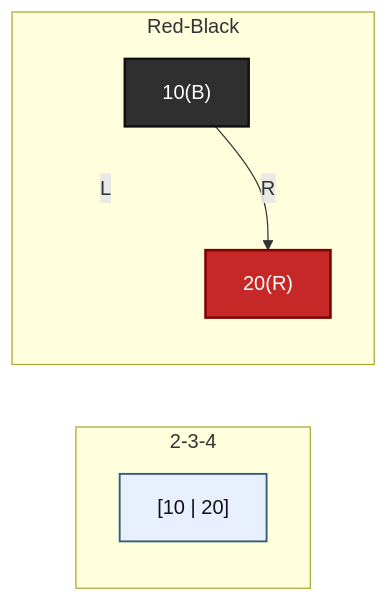
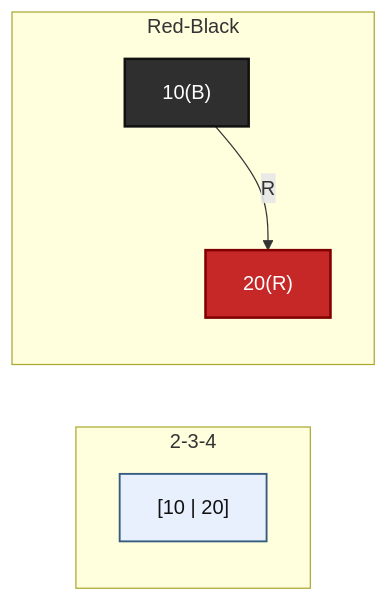
Diagram 14 of 31 in knowledge/linux/data_structures/红黑树_rb-tree/P07_红黑树_把_2-3-4_树映射成二叉表示.md (FormingSystem/linux_note), drawn with Mermaid before and after one commit. The commit also changed other lines of this file and 3 other files, not shown here.

````diff
--- a/knowledge/linux/data_structures/红黑树_rb-tree/P07_红黑树_把_2-3-4_树映射成二叉表示.md
+++ b/knowledge/linux/data_structures/红黑树_rb-tree/P07_红黑树_把_2-3-4_树映射成二叉表示.md
@@ -1192,27 +1196,27 @@
 ```mermaid
 graph LR
 	subgraph "2-3-4"
 		A["[10 | 20]"]
 	end
 
 	subgraph "Red-Black"
 		B["10(B)"]
 		LG[" "]
 		C["20(R)"]
 	end
 
-	B -->|"L"| LG
+	B --> LG
 	B -->|"R"| C
 
 	classDef node234 fill:#e8f0fe,stroke:#355c7d,color:#111,stroke-width:1.5px;
 	classDef black fill:#2f2f2f,stroke:#111,color:#fff,stroke-width:2px;
 	classDef red fill:#c62828,stroke:#7f0000,color:#fff,stroke-width:2px;
 	classDef ghost fill:transparent,stroke:transparent,color:transparent;
 
 	class A node234;
 	class B black;
 	class C red;
 	class LG ghost;
 
 	linkStyle 0 stroke:transparent;
 ```
````
